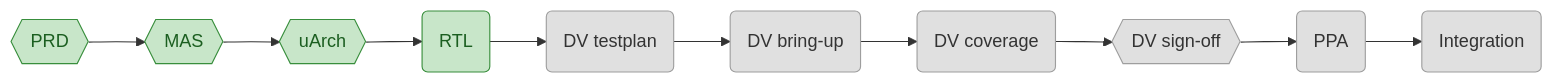
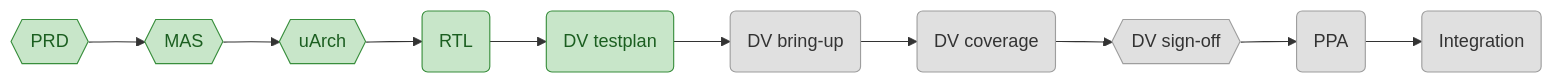
One commit to matanco64/HWSW_Project changed the first of 3 diagrams in hw/PROGRESS.md. Above: the diagram before and after it, drawn with Mermaid. The commit also changed other lines of this file and 5 other files, not shown here.

First line of the commit message:
hw: grape_pipeline dv_testplan done — 26-row matrix, two-reference golden policy, 2-pass review clean

````diff
--- a/hw/PROGRESS.md
+++ b/hw/PROGRESS.md
@@ -10,21 +10,21 @@
 ```mermaid
 flowchart LR
     prd{{PRD}}
     mas{{MAS}}
     uarch{{uArch}}
     rtl(RTL)
     dv_testplan(DV testplan)
     dv_bringup(DV bring-up)
     dv_coverage(DV coverage)
     dv_signoff{{DV sign-off}}
     ppa(PPA)
     integration(Integration)
     prd --> mas --> uarch --> rtl --> dv_testplan --> dv_bringup --> dv_coverage --> dv_signoff --> ppa --> integration
     classDef todo fill:#e0e0e0,stroke:#9e9e9e,color:#333
     classDef in_progress fill:#bbdefb,stroke:#1976d2,color:#0d47a1
     classDef review fill:#ffe0b2,stroke:#f57c00,color:#e65100
     classDef done fill:#c8e6c9,stroke:#388e3c,color:#1b5e20
     classDef blocked fill:#ffcdd2,stroke:#d32f2f,color:#b71c1c
-    class dv_testplan,dv_bringup,dv_coverage,dv_signoff,ppa,integration todo
-    class prd,mas,uarch,rtl done
+    class dv_bringup,dv_coverage,dv_signoff,ppa,integration todo
+    class prd,mas,uarch,rtl,dv_testplan done
 ```
````
